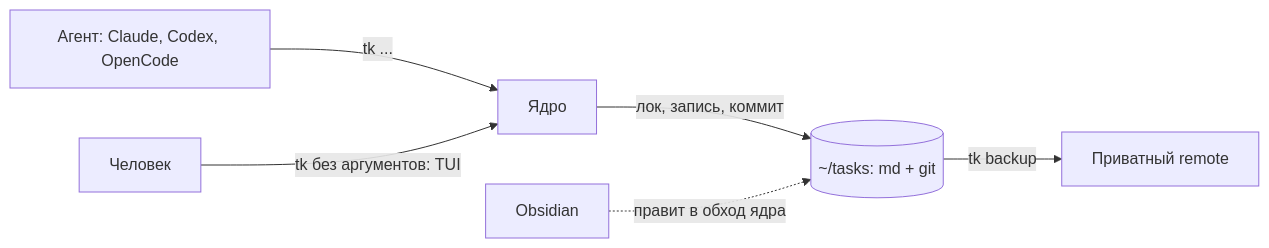
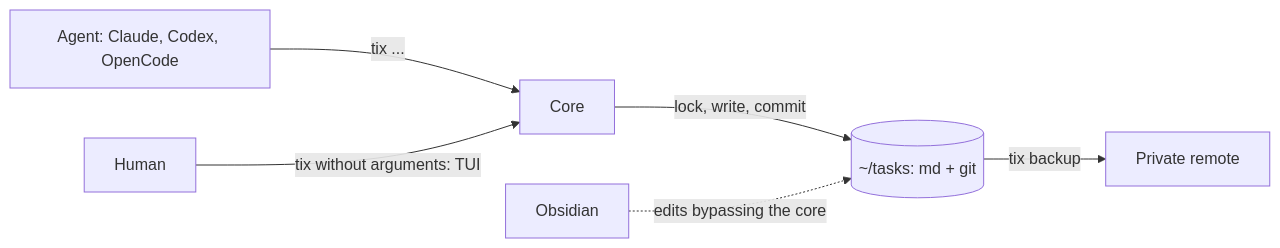
The first of 2 diagrams in docs/spec.md (daniil4545/tix), drawn with Mermaid before and after one commit. The commit also changed other lines of this file and 12 other files, not shown here.

First line of the commit message:
docs: translate spec, decisions, architecture and project docs to English

````diff
--- a/docs/spec.md
+++ b/docs/spec.md
@@ -59,8 +59,8 @@
 ```mermaid
 flowchart LR
-  ag["Агент: Claude, Codex, OpenCode"] -->|"tk ..."| core["Ядро"]
-  hum["Человек"] -->|"tk без аргументов: TUI"| core
-  core -->|"лок, запись, коммит"| repo[("~/tasks: md + git")]
-  obs["Obsidian"] -.->|"правит в обход ядра"| repo
-  repo -->|"tk backup"| bak["Приватный remote"]
+  ag["Agent: Claude, Codex, OpenCode"] -->|"tix ..."| core["Core"]
+  hum["Human"] -->|"tix without arguments: TUI"| core
+  core -->|"lock, write, commit"| repo[("~/tasks: md + git")]
+  obs["Obsidian"] -.->|"edits bypassing the core"| repo
+  repo -->|"tix backup"| bak["Private remote"]
 ```
````
